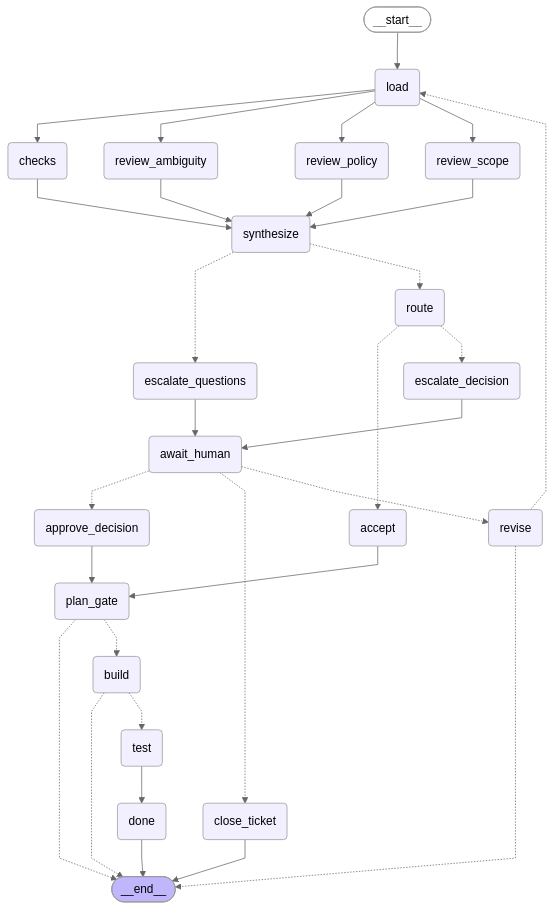
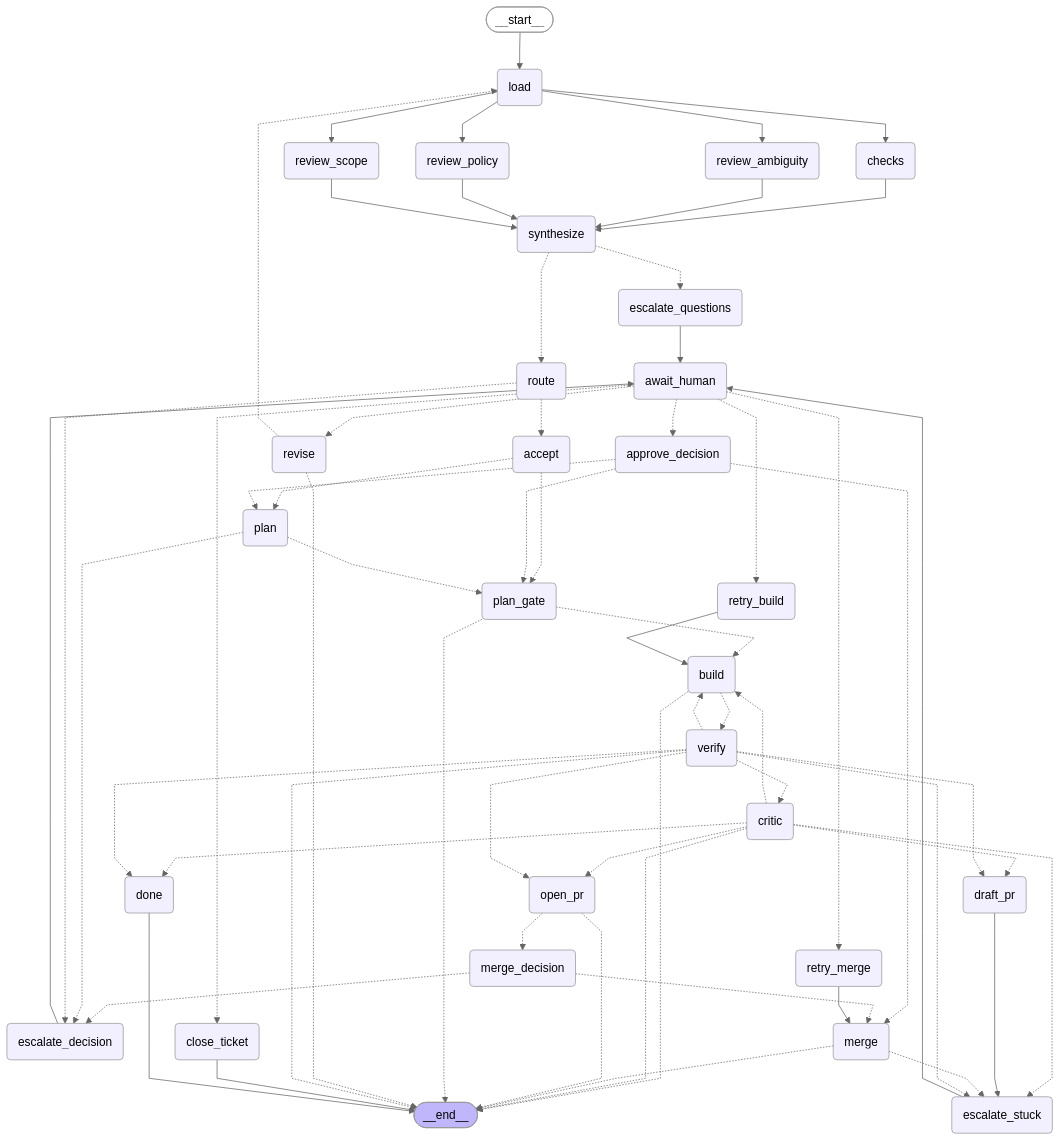
One commit to LanceFu/sifu changed the diagram in docs/ticket-flow.mmd. Above: the diagram before and after it, drawn with Mermaid (neutral theme). The commit also changed other lines of this file and 3 other files, not shown here.

First line of the commit message:
Ticket-flow diagrams: the labelled flow now covers plan, verify, critic, PR, merge and the retry, reopen and resume paths

```diff
--- a/docs/ticket-flow.mmd
+++ b/docs/ticket-flow.mmd
@@ -1,58 +1,96 @@
 ---
 config:
   flowchart:
     curve: linear
 ---
 graph TD;
 	__start__([<p>__start__</p>]):::first
 	load(load)
 	checks(checks)
 	synthesize(synthesize)
 	route(route)
 	accept(accept)
+	plan(plan)
 	escalate_questions(escalate_questions)
 	escalate_decision(escalate_decision)
+	escalate_stuck(escalate_stuck)
+	retry_build(retry_build)
+	retry_merge(retry_merge)
 	await_human(await_human)
 	approve_decision(approve_decision)
 	revise(revise)
 	close_ticket(close_ticket)
 	plan_gate(plan_gate)
 	build(build)
-	test(test)
+	verify(verify)
+	open_pr(open_pr)
+	draft_pr(draft_pr)
+	critic(critic)
+	merge_decision(merge_decision)
+	merge(merge)
 	done(done)
 	review_ambiguity(review_ambiguity)
 	review_scope(review_scope)
 	review_policy(review_policy)
 	__end__([<p>__end__</p>]):::last
 	__start__ --> load;
-	accept --> plan_gate;
-	approve_decision --> plan_gate;
+	accept -.-> plan;
+	accept -.-> plan_gate;
+	approve_decision -.-> merge;
+	approve_decision -.-> plan;
+	approve_decision -.-> plan_gate;
 	await_human -.-> approve_decision;
 	await_human -.-> close_ticket;
+	await_human -.-> retry_build;
+	await_human -.-> retry_merge;
 	await_human -.-> revise;
 	build -.-> __end__;
-	build -.-> test;
+	build -.-> verify;
 	checks --> synthesize;
+	critic -.-> __end__;
+	critic -.-> build;
+	critic -.-> done;
+	critic -.-> draft_pr;
+	critic -.-> escalate_stuck;
+	critic -.-> open_pr;
+	draft_pr --> escalate_stuck;
 	escalate_decision --> await_human;
 	escalate_questions --> await_human;
+	escalate_stuck --> await_human;
 	load --> checks;
 	load --> review_ambiguity;
 	load --> review_policy;
 	load --> review_scope;
+	merge -.-> __end__;
+	merge -.-> escalate_stuck;
+	merge_decision -.-> escalate_decision;
+	merge_decision -.-> merge;
+	open_pr -.-> __end__;
+	open_pr -.-> merge_decision;
+	plan -.-> escalate_decision;
+	plan -.-> plan_gate;
 	plan_gate -.-> __end__;
 	plan_gate -.-> build;
+	retry_build --> build;
+	retry_merge --> merge;
 	review_ambiguity --> synthesize;
 	review_policy --> synthesize;
 	review_scope --> synthesize;
 	revise -.-> __end__;
 	revise -.-> load;
 	route -.-> accept;
 	route -.-> escalate_decision;
 	synthesize -.-> escalate_questions;
 	synthesize -.-> route;
-	test --> done;
+	verify -.-> __end__;
+	verify -.-> build;
+	verify -.-> critic;
+	verify -.-> done;
+	verify -.-> draft_pr;
+	verify -.-> escalate_stuck;
+	verify -.-> open_pr;
 	close_ticket --> __end__;
 	done --> __end__;
 	classDef default fill:#f2f0ff,line-height:1.2
 	classDef first fill-opacity:0
 	classDef last fill:#bfb6fc
```
